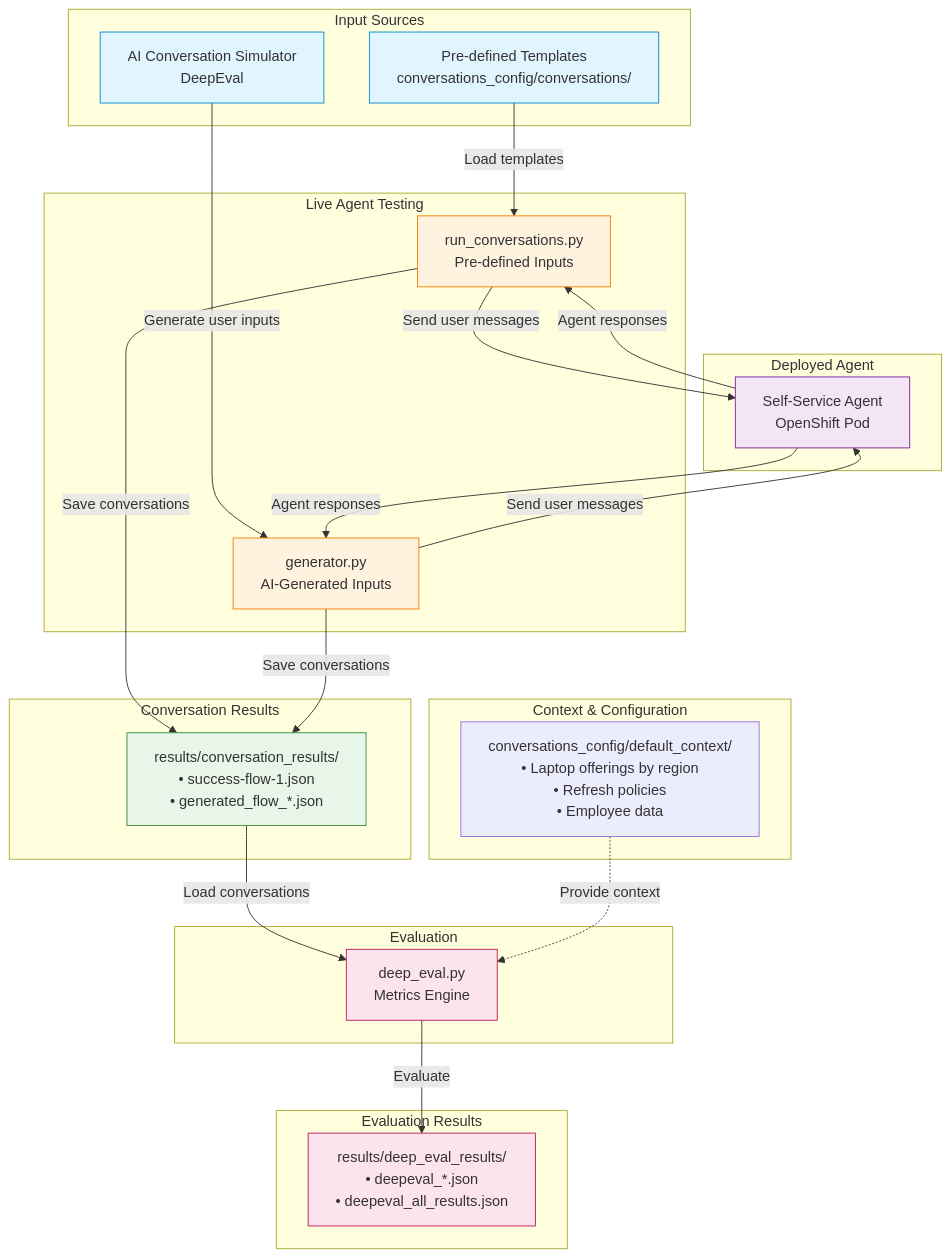
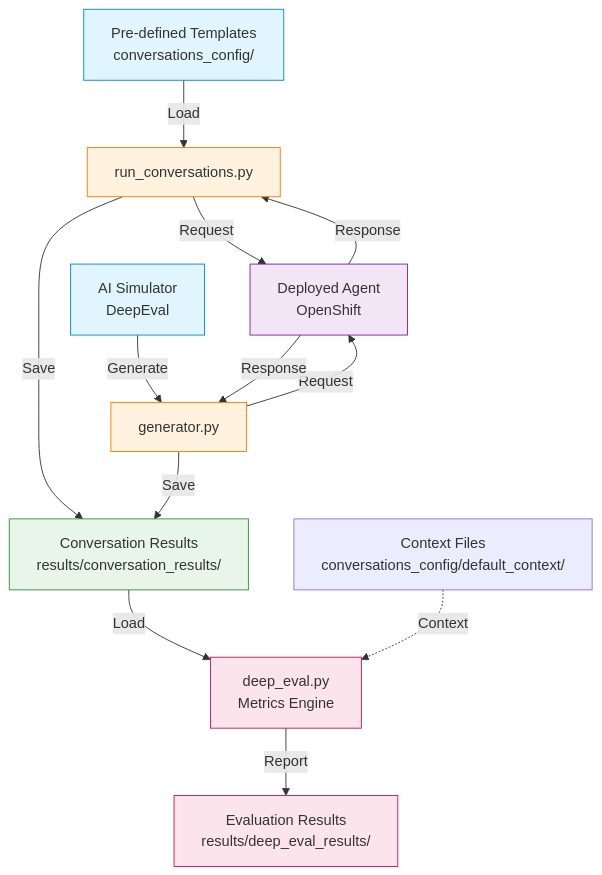
One commit to mhdawson/self-service-agent-blueprint changed the diagram in evaluations/README-NEW.md. Above: the diagram before and after it, drawn with Mermaid. The commit also changed other lines of this file, not shown here.

````diff
--- a/evaluations/README-NEW.md
+++ b/evaluations/README-NEW.md
@@ -100,56 +100,33 @@
 ```mermaid
 flowchart TD
-    subgraph inputs[Input Sources]
-        A[Pre-defined Templates<br/>conversations_config/conversations/]
-        B[AI Conversation Simulator<br/>DeepEval]
-    end
+    A[Pre-defined Templates<br/>conversations_config/]
+    B[AI Simulator<br/>DeepEval]
+    C[run_conversations.py]
+    D[generator.py]
+    E[Deployed Agent<br/>OpenShift]
+    F[Conversation Results<br/>results/conversation_results/]
+    G[deep_eval.py<br/>Metrics Engine]
+    H[Evaluation Results<br/>results/deep_eval_results/]
+    I[Context Files<br/>conversations_config/default_context/]
 
-    subgraph execution[Live Agent Testing]
-        C[run_conversations.py<br/>Pre-defined Inputs]
-        D[generator.py<br/>AI-Generated Inputs]
-    end
-
-    subgraph agent[Deployed Agent]
-        E[Self-Service Agent<br/>OpenShift Pod]
-    end
-
-    subgraph results[Conversation Results]
-        F[results/conversation_results/<br/>• success-flow-1.json<br/>• generated_flow_*.json]
-    end
-
-    subgraph evaluation[Evaluation]
-        G[deep_eval.py<br/>Metrics Engine]
-    end
-
-    subgraph output[Evaluation Results]
-        H[results/deep_eval_results/<br/>• deepeval_*.json<br/>• deepeval_all_results.json]
-    end
-
-    subgraph context[Context & Configuration]
-        I[conversations_config/default_context/<br/>• Laptop offerings by region<br/>• Refresh policies<br/>• Employee data]
-    end
-
-    A -->|Load templates| C
-    B -->|Generate user inputs| D
-    C -->|Send user messages| E
-    D -->|Send user messages| E
-    E -->|Agent responses| C
-    E -->|Agent responses| D
-    C -->|Save conversations| F
-    D -->|Save conversations| F
-    F -->|Load conversations| G
-    I -.->|Provide context| G
-    G -->|Evaluate| H
+    A -->|Load| C
+    B -->|Generate| D
+    C & D -->|Request| E
+    E -->|Response| C & D
+    C & D -->|Save| F
+    F -->|Load| G
+    I -.->|Context| G
+    G -->|Report| H
 
     classDef inputStyle fill:#e1f5ff,stroke:#0288d1
     classDef execStyle fill:#fff3e0,stroke:#f57c00
     classDef agentStyle fill:#f3e5f5,stroke:#7b1fa2
     classDef resultStyle fill:#e8f5e9,stroke:#388e3c
     classDef evalStyle fill:#fce4ec,stroke:#c2185b
 
     class A,B inputStyle
     class C,D execStyle
     class E agentStyle
     class F resultStyle
     class G,H evalStyle
 ```
````
